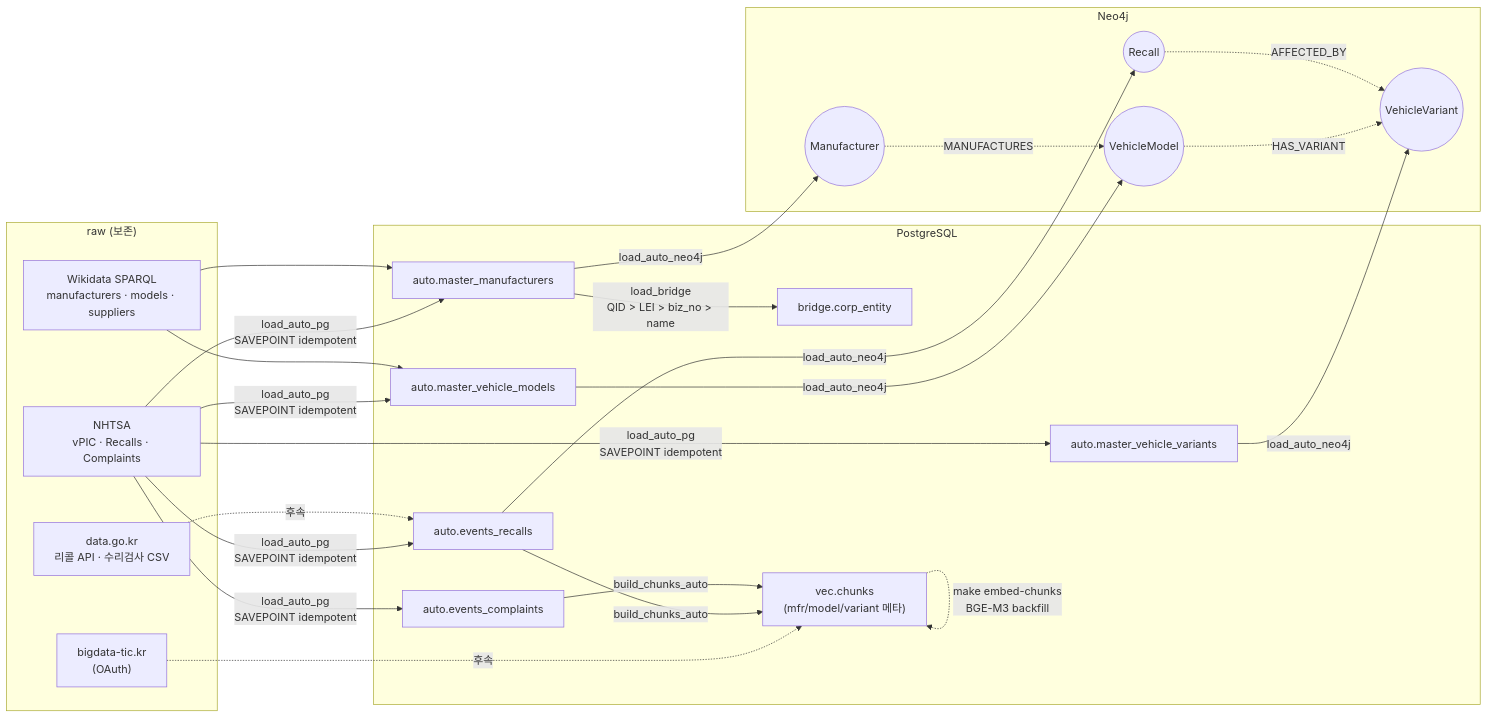
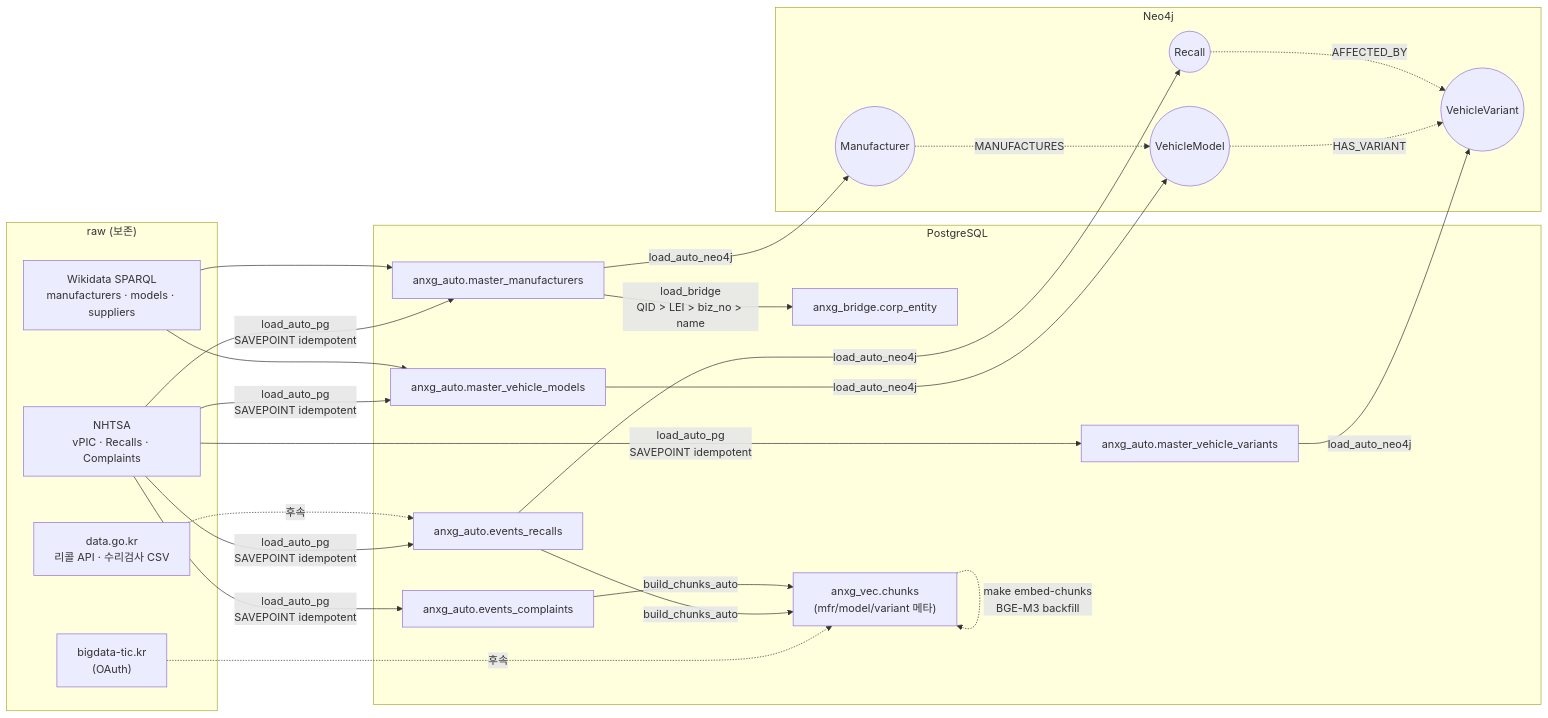
Before and after one commit to areumsim/AutoNexusGraph: the second of 5 diagrams in docs/autograph.md, drawn with Mermaid. The commit also changed other lines of this file and 25 other files, not shown here.

First line of the commit message:
docs: bare-schema → anxg_ 프리픽스 줄별 치환 (26개 문서, 634건) (#47)

````diff
--- a/docs/autograph.md
+++ b/docs/autograph.md
@@ -167,44 +167,44 @@
 ```mermaid
 flowchart LR
     subgraph RAW["raw (보존)"]
         NHTSA["NHTSA<br/>vPIC · Recalls · Complaints"]
         WD["Wikidata SPARQL<br/>manufacturers · models · suppliers"]
         DATAGOKR["data.go.kr<br/>리콜 API · 수리검사 CSV"]
         TIC["bigdata-tic.kr<br/>(OAuth)"]
     end
 
     subgraph PGT["PostgreSQL"]
-        MFR["auto.master_manufacturers"]
-        MDL["auto.master_vehicle_models"]
-        VAR["auto.master_vehicle_variants"]
-        REC["auto.events_recalls"]
-        CPL["auto.events_complaints"]
-        BR["bridge.corp_entity"]
-        CHK["vec.chunks<br/>(mfr/model/variant 메타)"]
+        MFR["anxg_auto.master_manufacturers"]
+        MDL["anxg_auto.master_vehicle_models"]
+        VAR["anxg_auto.master_vehicle_variants"]
+        REC["anxg_auto.events_recalls"]
+        CPL["anxg_auto.events_complaints"]
+        BR["anxg_bridge.corp_entity"]
+        CHK["anxg_vec.chunks<br/>(mfr/model/variant 메타)"]
     end
 
     subgraph NEOT["Neo4j"]
         N_MFR(("Manufacturer"))
         N_MDL(("VehicleModel"))
         N_VAR(("VehicleVariant"))
         N_REC(("Recall"))
     end
 
     NHTSA -->|"load_auto_pg<br/>SAVEPOINT idempotent"| MFR & MDL & VAR & REC & CPL
     WD --> MFR & MDL
     DATAGOKR -. 후속 .-> REC
     TIC -. 후속 .-> CHK
 
     MFR -->|load_auto_neo4j| N_MFR
     MDL -->|load_auto_neo4j| N_MDL
     VAR -->|load_auto_neo4j| N_VAR
     REC -->|load_auto_neo4j| N_REC
     N_MFR -.MANUFACTURES.-> N_MDL
     N_MDL -.HAS_VARIANT.-> N_VAR
     N_REC -.AFFECTED_BY.-> N_VAR
 
     MFR -->|"load_bridge<br/>QID > LEI > biz_no > name"| BR
     REC -->|build_chunks_auto| CHK
     CPL -->|build_chunks_auto| CHK
     CHK -. "make embed-chunks<br/>BGE-M3 backfill" .-> CHK
 ```
````
